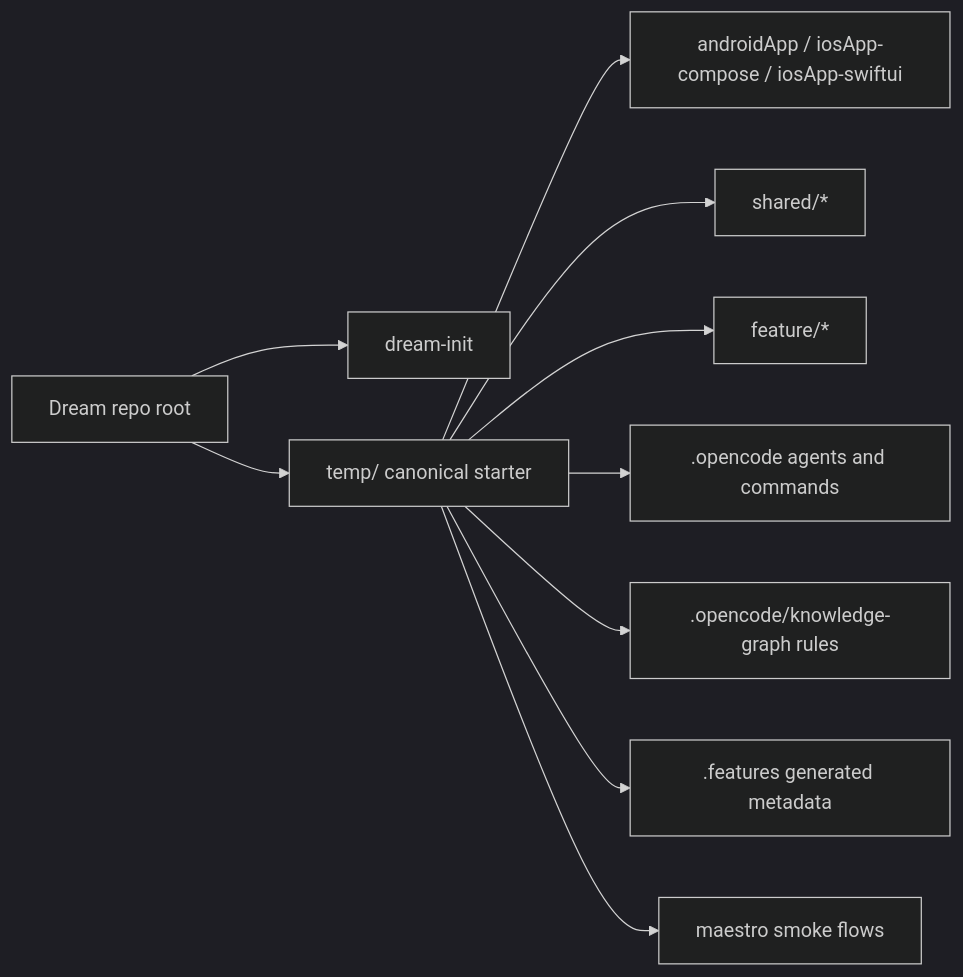
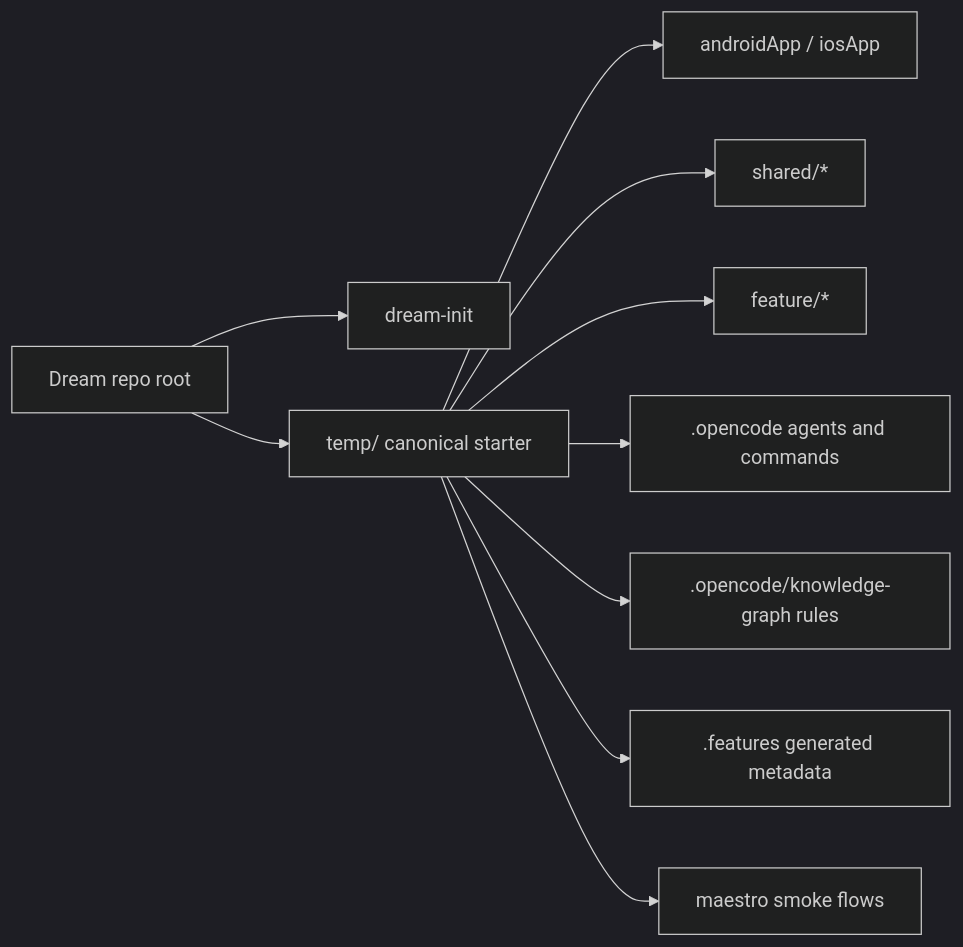
Before and after one commit to Helmy2/Dream: the second of 8 diagrams in ONBOARDING.md, drawn with Mermaid (dark theme). The commit also changed other lines of this file and 305 other files, not shown here.

````diff
--- a/ONBOARDING.md
+++ b/ONBOARDING.md
@@ -40,12 +42,12 @@
 ```mermaid
 flowchart LR
     Root[Dream repo root] --> Init[dream-init]
     Root --> Temp[temp/ canonical starter]
-    Temp --> Apps[androidApp / iosApp-compose / iosApp-swiftui]
+    Temp --> Apps[androidApp / iosApp]
     Temp --> Shared[shared/*]
     Temp --> Features[feature/*]
     Temp --> Agents[.opencode agents and commands]
     Temp --> Graph[.opencode/knowledge-graph rules]
     Temp --> MVP[.features generated metadata]
     Temp --> Smoke[maestro smoke flows]
 ```
````
